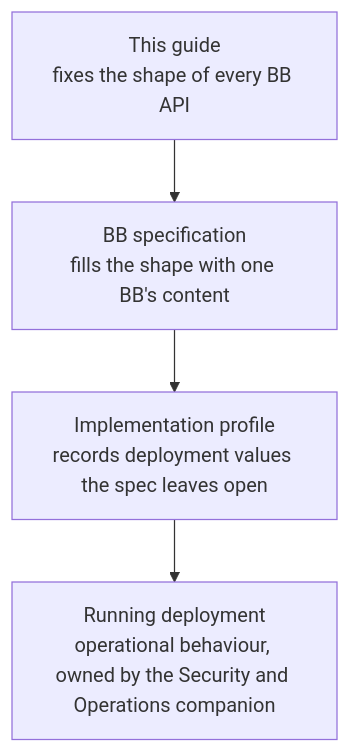
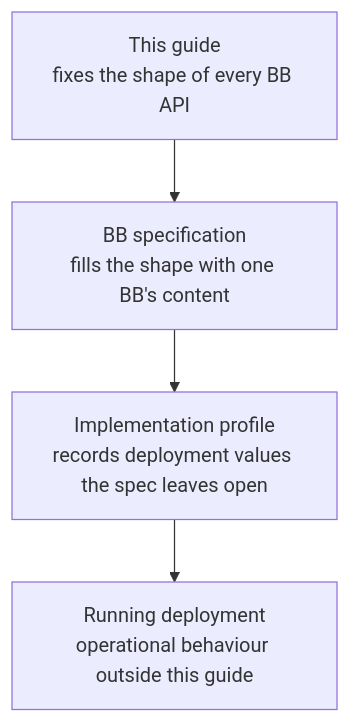
Before and after one commit to jeremi/bb-template: the second of 2 diagrams in api-design-guide/1-introduction.md, drawn with Mermaid. The commit also changed other lines of this file and 60 other files, not shown here.

````diff
--- a/api-design-guide/1-introduction.md
+++ b/api-design-guide/1-introduction.md
@@ -94,6 +117,6 @@
 ```mermaid
 flowchart TB
     G["This guide<br/>fixes the shape of every BB API"] --> S["BB specification<br/>fills the shape with one BB's content"]
     S --> P["Implementation profile<br/>records deployment values the spec leaves open"]
-    P --> D["Running deployment<br/>operational behaviour, owned by the Security and Operations companion"]
+    P --> D["Running deployment<br/>operational behaviour outside this guide"]
 ```
````
